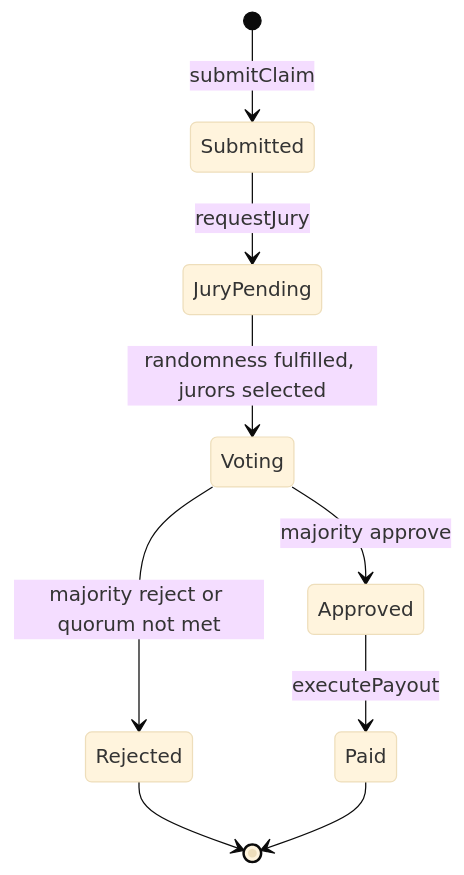
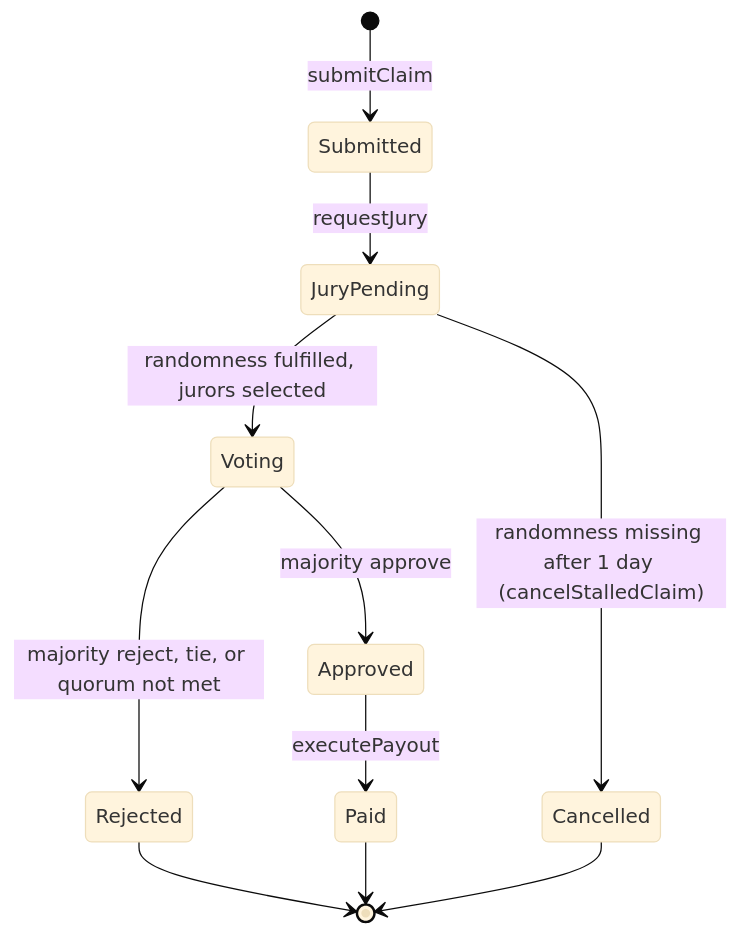
The third of 5 diagrams in docs/design-doc.md (StephanieNgu/trust-pool), drawn with Mermaid (base theme) before and after one commit. The commit also changed other lines of this file and 20 other files, not shown here.

First line of the commit message:
Address Milestone 2 feedback: private evidence, stalled randomness, fixed payout

````diff
--- a/docs/design-doc.md
+++ b/docs/design-doc.md
@@ -148,11 +148,13 @@
 ```mermaid
 stateDiagram-v2
     [*] --> Submitted : submitClaim
     Submitted --> JuryPending : requestJury
     JuryPending --> Voting : randomness fulfilled, jurors selected
     Voting --> Approved : majority approve
-    Voting --> Rejected : majority reject or quorum not met
+    JuryPending --> Cancelled : randomness missing after 1 day (cancelStalledClaim)
+    Voting --> Rejected : majority reject, tie, or quorum not met
     Approved --> Paid : executePayout
     Rejected --> [*]
     Paid --> [*]
+    Cancelled --> [*]
 ```
````
